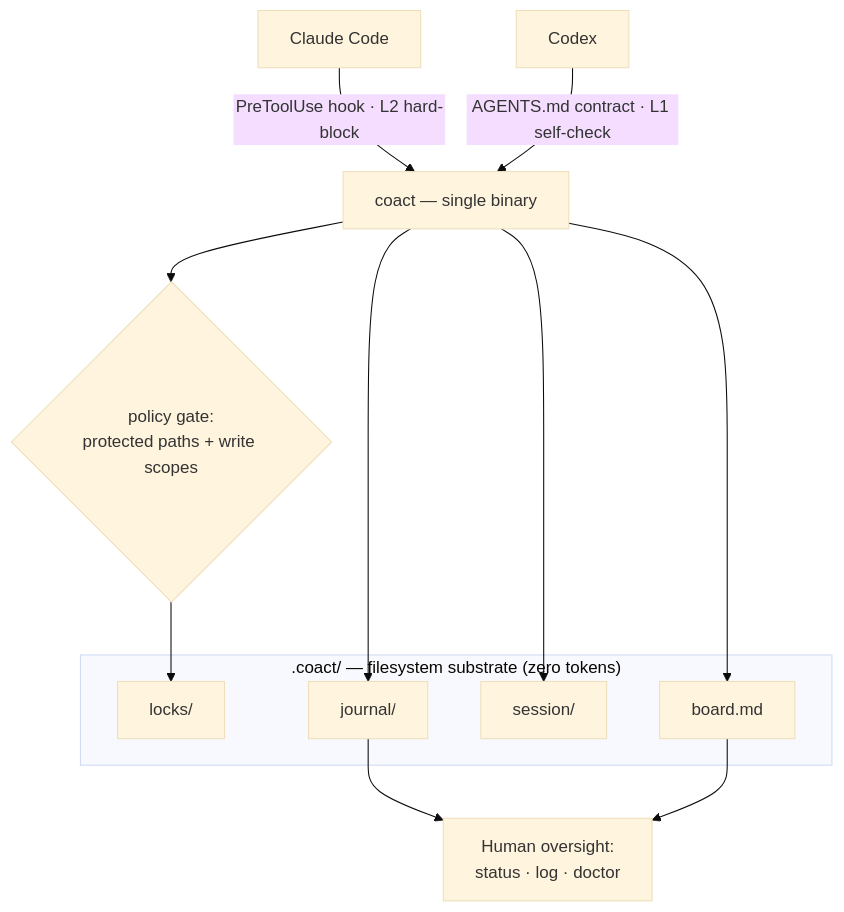
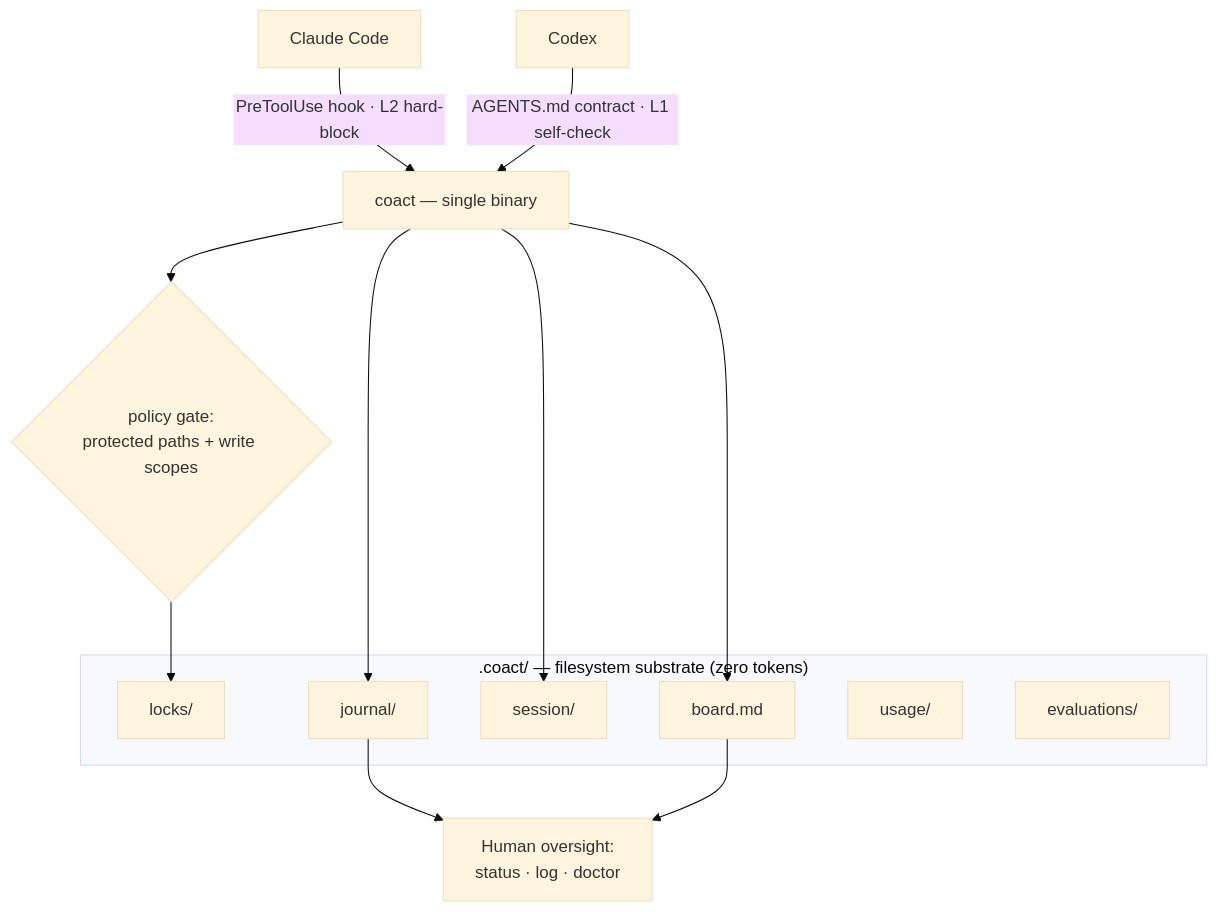
One commit to tianyi-zhang-02/coact changed the first of 3 diagrams in docs/ARCHITECTURE.md. Above: the diagram before and after it, drawn with Mermaid (base theme). The commit also changed other lines of this file and 31 other files, not shown here.

````diff
--- a/docs/ARCHITECTURE.md
+++ b/docs/ARCHITECTURE.md
@@ -11,18 +11,20 @@
 ```mermaid
 flowchart TB
     C["Claude Code"] -->|"PreToolUse hook · L2 hard-block"| CLI["coact — single binary"]
     X["Codex"] -->|"AGENTS.md contract · L1 self-check"| CLI
     CLI --> POL{"policy gate:<br/>protected paths + write scopes"}
     subgraph FS[".coact/ — filesystem substrate (zero tokens)"]
         LOCKS["locks/"]
         BOARD["board.md"]
         SESS["session/"]
         JOUR["journal/"]
+        USAGE["usage/"]
+        EVAL["evaluations/"]
     end
     POL --> LOCKS
     CLI --> BOARD
     CLI --> SESS
     CLI --> JOUR
     JOUR --> HUMAN["Human oversight:<br/>status · log · doctor"]
     BOARD --> HUMAN
 ```
````
